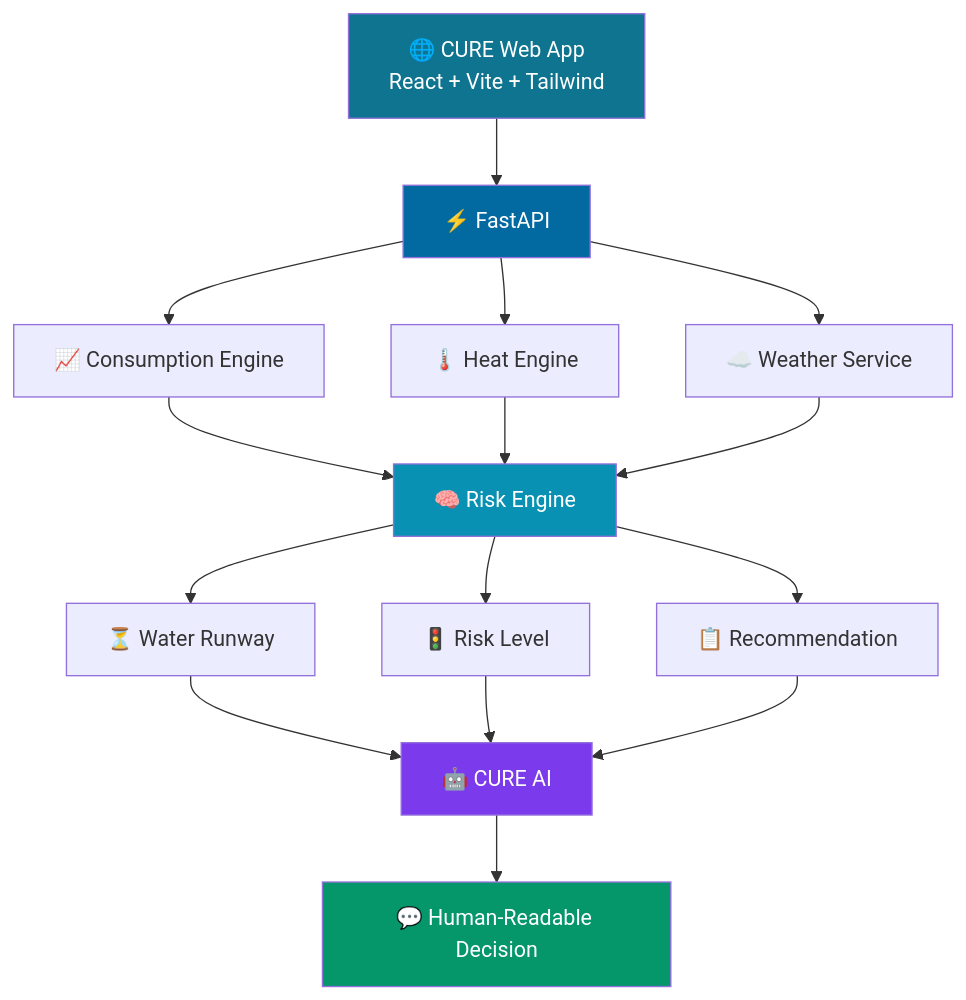
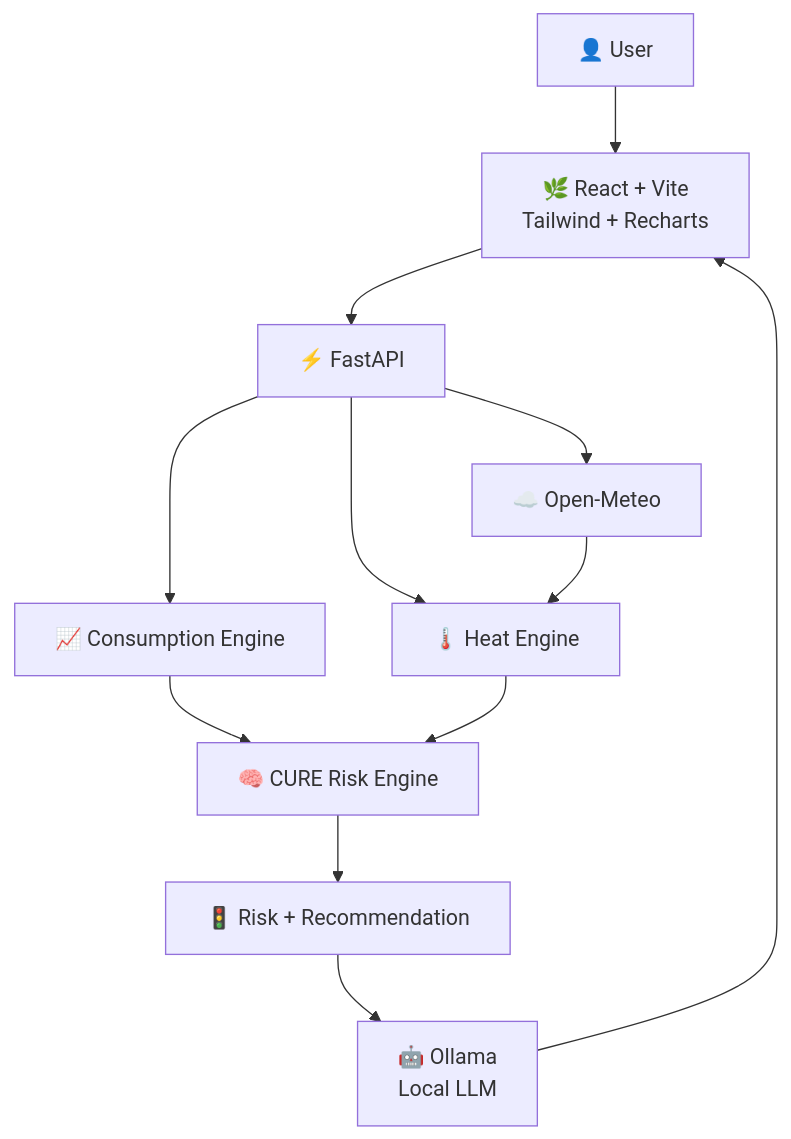
One commit to dhanush080607/CURE changed the diagram in README.md. Above: the diagram before and after it, drawn with Mermaid. The commit also changed other lines of this file, not shown here.

````diff
--- a/README.md
+++ b/README.md
@@ -334,29 +284,36 @@
 ```mermaid
-flowchart TD
+flowchart TB
 
-    A["🌐 CURE Web App<br/>React + Vite + Tailwind"] --> B["⚡ FastAPI"]
+    USER["👤 User"]
 
-    B --> C["📈 Consumption Engine"]
-    B --> D["🌡️ Heat Engine"]
-    B --> E["☁️ Weather Service"]
+    FRONTEND["🌿 React + Vite<br/>Tailwind + Recharts"]
 
-    C --> F["🧠 Risk Engine"]
-    D --> F
-    E --> F
+    API["⚡ FastAPI"]
 
-    F --> G["⏳ Water Runway"]
-    F --> H["🚦 Risk Level"]
-    F --> I["📋 Recommendation"]
+    CONSUMPTION["📈 Consumption Engine"]
 
-    G --> J["🤖 CURE AI"]
-    H --> J
-    I --> J
+    HEAT["🌡️ Heat Engine"]
 
-    J --> K["💬 Human-Readable Decision"]
+    WEATHER["☁️ Open-Meteo"]
 
-    style A fill:#0e7490,color:#fff
-    style B fill:#0369a1,color:#fff
-    style F fill:#0891b2,color:#fff
-    style J fill:#7c3aed,color:#fff
-    style K fill:#059669,color:#fff
+    RISK["🧠 CURE Risk Engine"]
+
+    AI["🤖 Ollama<br/>Local LLM"]
+
+    RESULT["🚦 Risk + Recommendation"]
+
+    USER --> FRONTEND
+    FRONTEND --> API
+
+    API --> CONSUMPTION
+    API --> HEAT
+    API --> WEATHER
+
+    CONSUMPTION --> RISK
+    HEAT --> RISK
+    WEATHER --> HEAT
+
+    RISK --> RESULT
+    RESULT --> AI
+    AI --> FRONTEND
 ```
````
